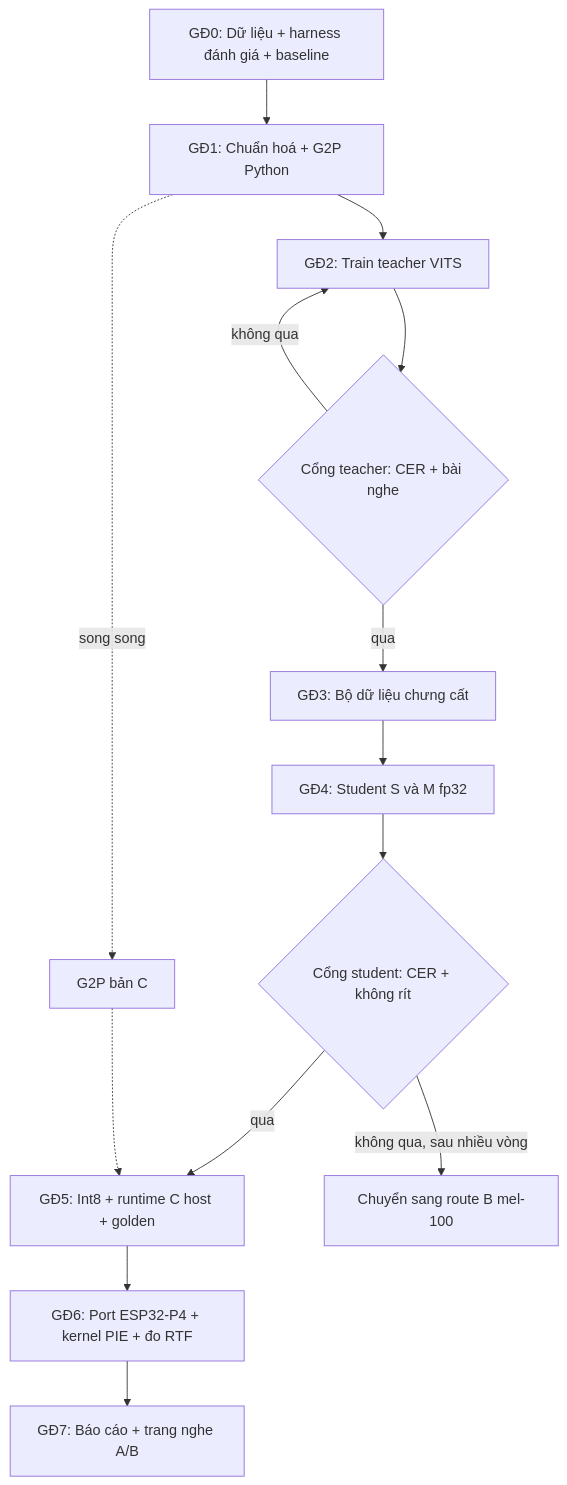
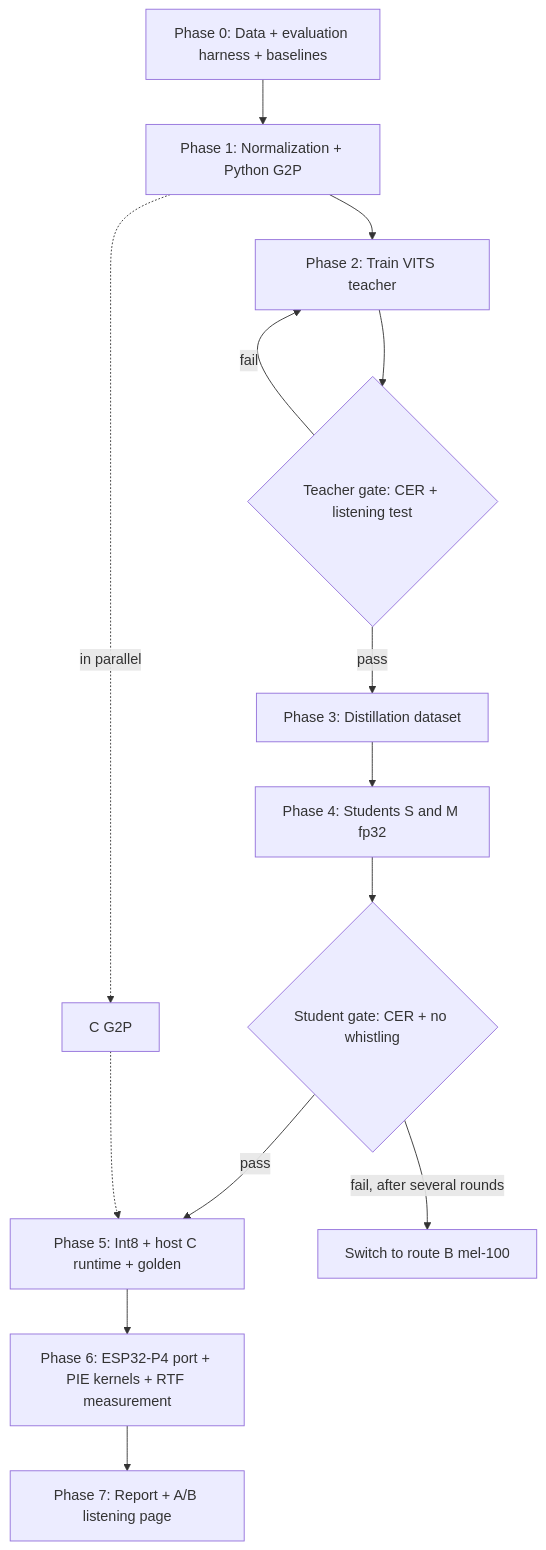
The second of 2 diagrams in docs/design/specs/2026-11-14-vietnamese-tts-p4-design.md (tuanpmt/vtts), drawn with Mermaid before and after one commit. The commit also changed other lines of this file and 6 other files, not shown here.

````diff
--- a/docs/design/specs/2026-11-14-vietnamese-tts-p4-design.md
+++ b/docs/design/specs/2026-11-14-vietnamese-tts-p4-design.md
@@ -260,16 +260,16 @@
 ```mermaid
 flowchart TD
-    P0[GĐ0: Dữ liệu + harness đánh giá + baseline] --> P1[GĐ1: Chuẩn hoá + G2P Python]
-    P1 --> P2[GĐ2: Train teacher VITS]
-    P2 --> G1{Cổng teacher: CER + bài nghe}
-    G1 -->|qua| P3[GĐ3: Bộ dữ liệu chưng cất]
-    G1 -->|không qua| P2
-    P3 --> P4S[GĐ4: Student S và M fp32]
-    P4S --> G2{Cổng student: CER + không rít}
-    G2 -->|qua| P5[GĐ5: Int8 + runtime C host + golden]
-    G2 -->|không qua, sau nhiều vòng| PB[Chuyển sang route B mel-100]
-    P5 --> P6[GĐ6: Port ESP32-P4 + kernel PIE + đo RTF]
-    P6 --> P7[GĐ7: Báo cáo + trang nghe A/B]
-    P1 -.song song.-> PC[G2P bản C]
+    P0[Phase 0: Data + evaluation harness + baselines] --> P1[Phase 1: Normalization + Python G2P]
+    P1 --> P2[Phase 2: Train VITS teacher]
+    P2 --> G1{Teacher gate: CER + listening test}
+    G1 -->|pass| P3[Phase 3: Distillation dataset]
+    G1 -->|fail| P2
+    P3 --> P4S[Phase 4: Students S and M fp32]
+    P4S --> G2{Student gate: CER + no whistling}
+    G2 -->|pass| P5[Phase 5: Int8 + host C runtime + golden]
+    G2 -->|fail, after several rounds| PB[Switch to route B mel-100]
+    P5 --> P6[Phase 6: ESP32-P4 port + PIE kernels + RTF measurement]
+    P6 --> P7[Phase 7: Report + A/B listening page]
+    P1 -.in parallel.-> PC[C G2P]
     PC -.-> P5
 ```
````
